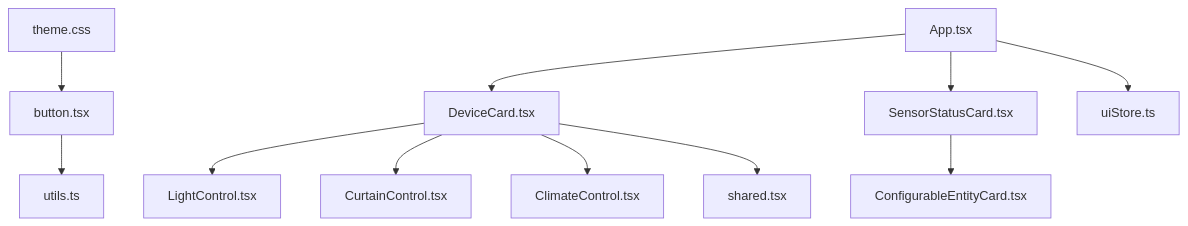
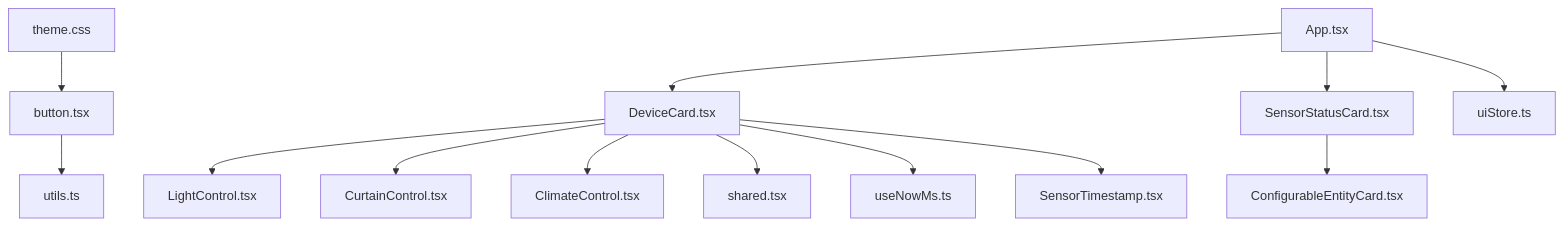
Before and after one commit to skyeyinkun/HAUI: the eighth of 8 diagrams in .qoder/repowiki/zh/content/架构设计/组件架构设计.md, drawn with Mermaid. The commit also changed other lines of this file and 14 other files, not shown here.

````diff
--- a/.qoder/repowiki/zh/content/架构设计/组件架构设计.md
+++ b/.qoder/repowiki/zh/content/架构设计/组件架构设计.md
@@ -301,13 +362,15 @@
 ```mermaid
 graph TB
 DC["DeviceCard.tsx"] --> LC["LightControl.tsx"]
 DC --> CC["CurtainControl.tsx"]
 DC --> AC["ClimateControl.tsx"]
 DC --> S["shared.tsx"]
 SEC["SensorStatusCard.tsx"] --> CEC["ConfigurableEntityCard.tsx"]
 BTN["button.tsx"] --> U["utils.ts"]
 THEME["theme.css"] --> BTN
 APP["App.tsx"] --> UIStore["uiStore.ts"]
 APP --> DC
 APP --> SEC
+DC --> NOWMS["useNowMs.ts"]
+DC --> ST["SensorTimestamp.tsx"]
 ```
````
